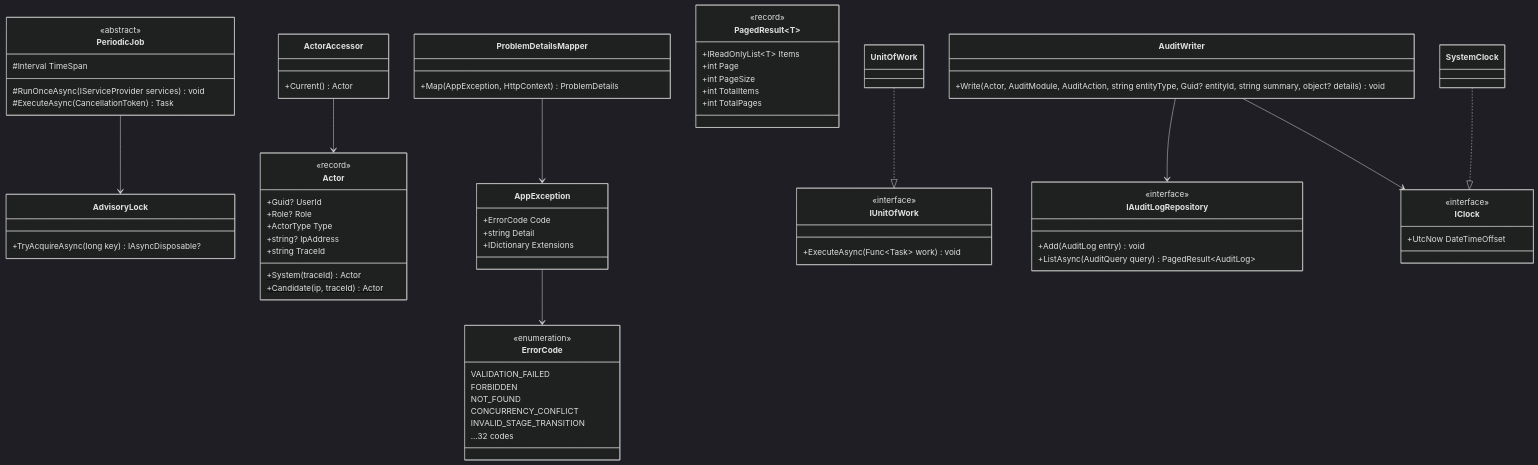
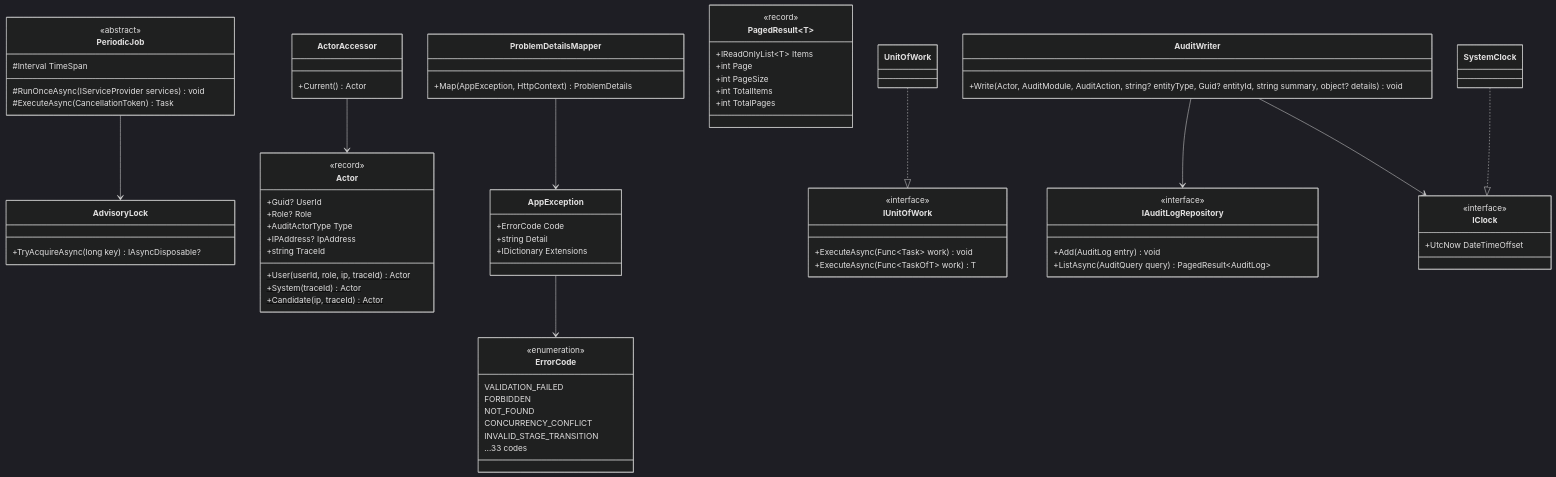
One commit to duongk18FPTU/recruitment-ats changed the first of 11 diagrams in docs/10-class-design.md. Above: the diagram before and after it, drawn with Mermaid (dark theme). The commit also changed other lines of this file and 28 other files, not shown here.

First line of the commit message:
Add M1 cross-cutting: error codes and ProblemDetails, actor, audit writer, unit of work, OpenAPI contract test

````diff
--- a/docs/10-class-design.md
+++ b/docs/10-class-design.md
@@ -23,78 +23,80 @@
 ```mermaid
 classDiagram
     direction TB
     class ActorAccessor {
         +Current() Actor
     }
     class ProblemDetailsMapper {
         +Map(AppException, HttpContext) ProblemDetails
     }
     class PeriodicJob {
         <<abstract>>
         #Interval TimeSpan
         #RunOnceAsync(IServiceProvider services) void
         #ExecuteAsync(CancellationToken) Task
     }
     class AdvisoryLock {
         +TryAcquireAsync(long key) IAsyncDisposable?
     }
     class Actor {
         <<record>>
         +Guid? UserId
         +Role? Role
-        +ActorType Type
-        +string? IpAddress
+        +AuditActorType Type
+        +IPAddress? IpAddress
         +string TraceId
+        +User(userId, role, ip, traceId)$ Actor
         +System(traceId)$ Actor
         +Candidate(ip, traceId)$ Actor
     }
     class AppException {
         +ErrorCode Code
         +string Detail
         +IDictionary Extensions
     }
     class ErrorCode {
         <<enumeration>>
         VALIDATION_FAILED
         FORBIDDEN
         NOT_FOUND
         CONCURRENCY_CONFLICT
         INVALID_STAGE_TRANSITION
-        …32 codes
+        …33 codes
     }
     class PagedResult~T~ {
         <<record>>
         +IReadOnlyList~T~ Items
         +int Page
         +int PageSize
         +int TotalItems
         +int TotalPages
     }
     class AuditWriter {
-        +Write(Actor, AuditModule, AuditAction, string entityType, Guid? entityId, string summary, object? details) void
+        +Write(Actor, AuditModule, AuditAction, string? entityType, Guid? entityId, string summary, object? details) void
     }
     class IUnitOfWork {
         <<interface>>
         +ExecuteAsync(Func~Task~ work) void
+        +ExecuteAsync(Func~TaskOfT~ work) T
     }
     class IClock {
         <<interface>>
         +UtcNow DateTimeOffset
     }
     class IAuditLogRepository {
         <<interface>>
         +Add(AuditLog entry) void
         +ListAsync(AuditQuery query) PagedResult~AuditLog~
     }
     class UnitOfWork
     class SystemClock
 
     ActorAccessor --> Actor
     ProblemDetailsMapper --> AppException
     AppException --> ErrorCode
     PeriodicJob --> AdvisoryLock
     AuditWriter --> IAuditLogRepository
     AuditWriter --> IClock
     UnitOfWork ..|> IUnitOfWork
     SystemClock ..|> IClock
 ```
````
